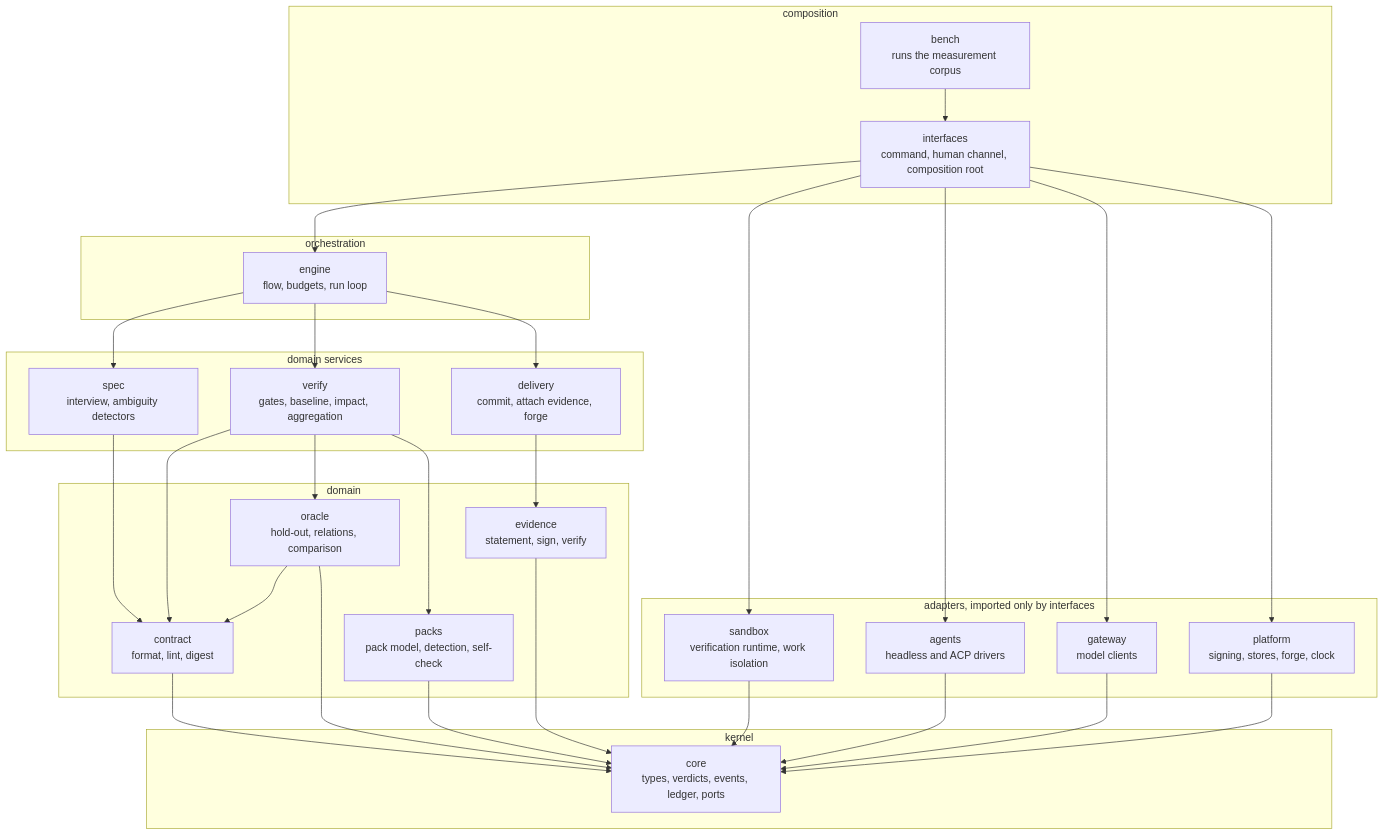
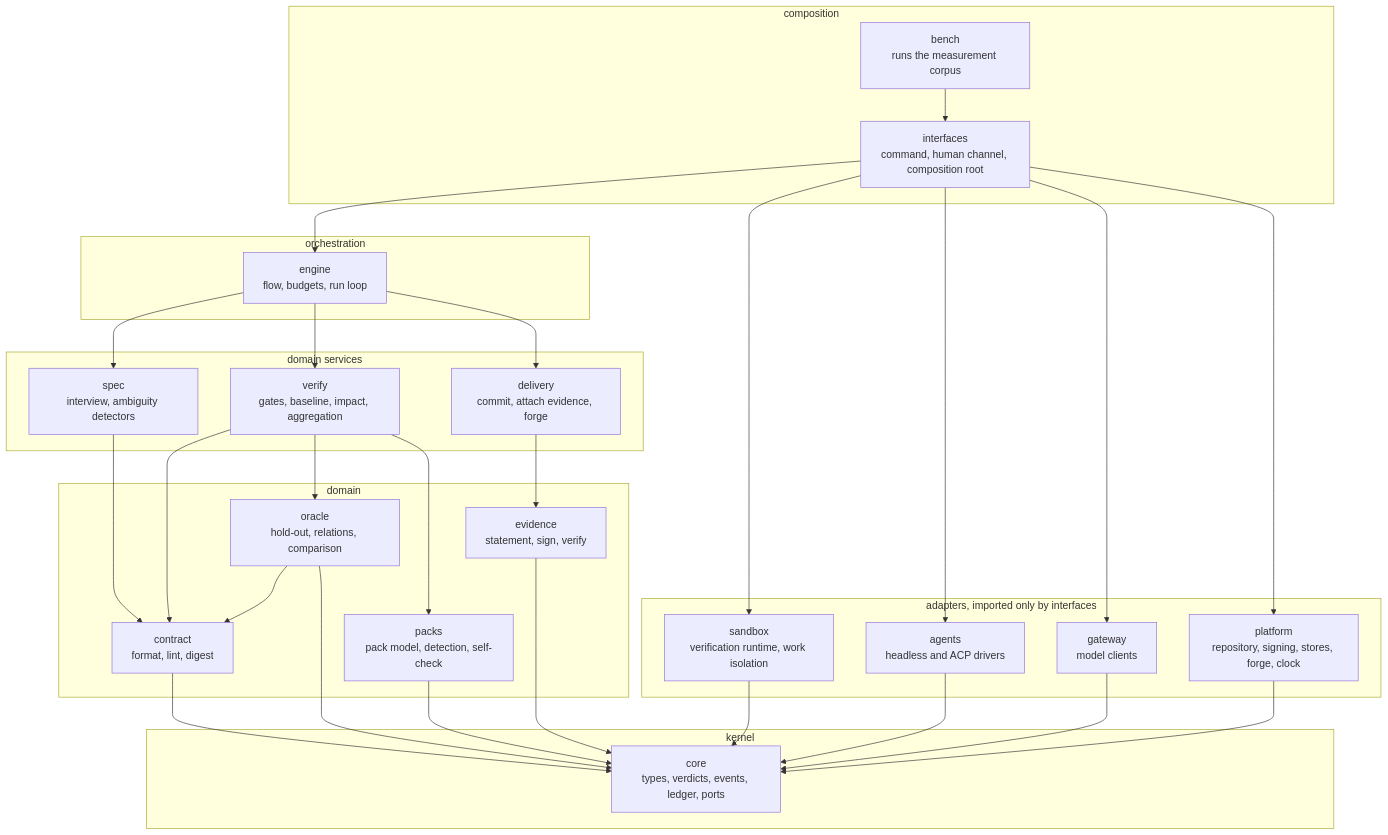
Before and after one commit to rafaranaz/raclab-dokime: the diagram in docs/architecture/02-modules.md, drawn with Mermaid. The commit also changed other lines of this file and 5 other files, not shown here.

````diff
--- a/docs/architecture/02-modules.md
+++ b/docs/architecture/02-modules.md
@@ -7,54 +7,54 @@
 ```mermaid
 flowchart TB
     subgraph L4["composition"]
         interfaces["interfaces<br/>command, human channel, composition root"]
         bench["bench<br/>runs the measurement corpus"]
     end
     subgraph L3["orchestration"]
         engine["engine<br/>flow, budgets, run loop"]
     end
     subgraph L2["domain services"]
         spec["spec<br/>interview, ambiguity detectors"]
         verify["verify<br/>gates, baseline, impact, aggregation"]
         delivery["delivery<br/>commit, attach evidence, forge"]
     end
     subgraph L1["domain"]
         contract["contract<br/>format, lint, digest"]
         oracle["oracle<br/>hold-out, relations, comparison"]
         evidence["evidence<br/>statement, sign, verify"]
         packs["packs<br/>pack model, detection, self-check"]
     end
     subgraph L0["kernel"]
         core["core<br/>types, verdicts, events, ledger, ports"]
     end
     subgraph AD["adapters, imported only by interfaces"]
         sandbox["sandbox<br/>verification runtime, work isolation"]
         agents["agents<br/>headless and ACP drivers"]
         gateway["gateway<br/>model clients"]
-        platform["platform<br/>signing, stores, forge, clock"]
+        platform["platform<br/>repository, signing, stores, forge, clock"]
     end
 
     interfaces --> engine
     bench --> interfaces
     engine --> spec
     engine --> verify
     engine --> delivery
     spec --> contract
     verify --> contract
     verify --> oracle
     verify --> packs
     delivery --> evidence
     oracle --> contract
     contract --> core
     oracle --> core
     evidence --> core
     packs --> core
     interfaces --> sandbox
     interfaces --> agents
     interfaces --> gateway
     interfaces --> platform
     sandbox --> core
     agents --> core
     gateway --> core
     platform --> core
 ```
````
